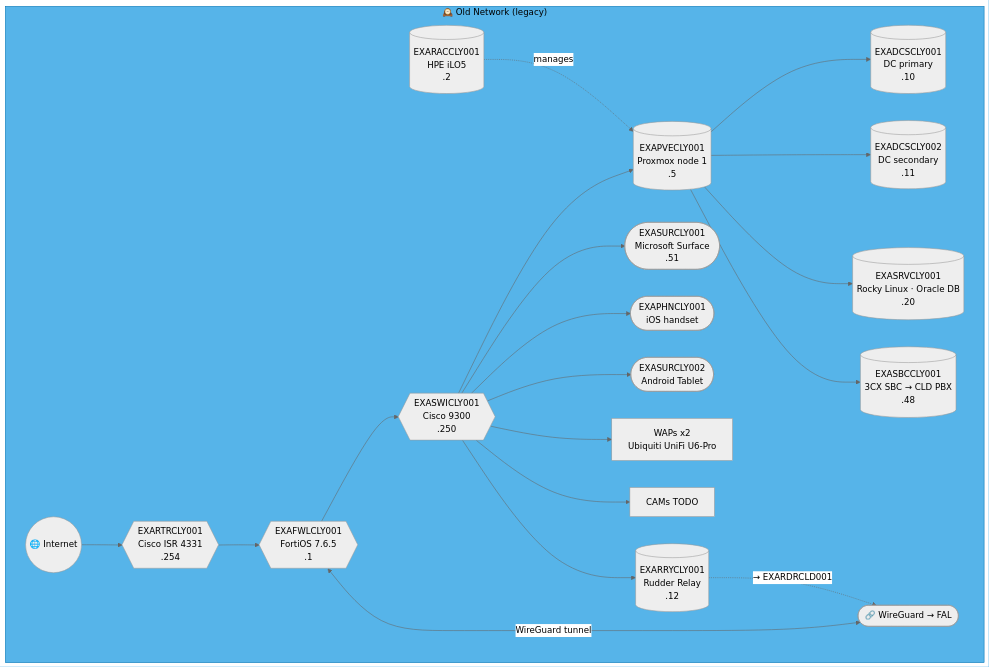
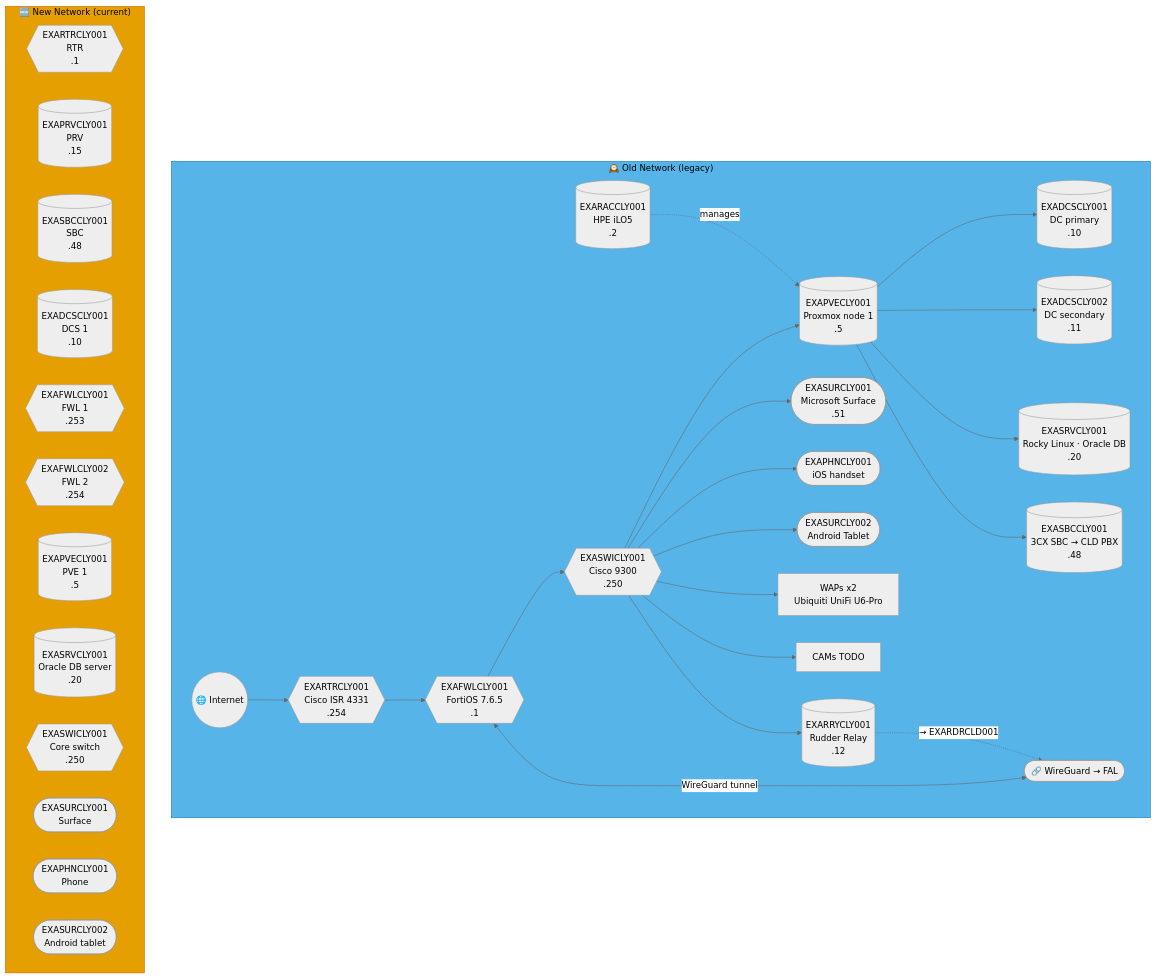
The fifth of 51 diagrams in docs/network-diagram.md (knightmare2600/example_music_infra), drawn with Mermaid (neutral theme) before and after one commit. The commit also changed other lines of this file and 1 other file, not shown here.

````diff
--- a/docs/network-diagram.md
+++ b/docs/network-diagram.md
@@ -351,32 +468,49 @@
 ```mermaid
 graph TD
     subgraph OLD_CLY ["🕰️ Old Network (legacy)"]
       INET(("🌐 Internet"))
       FWL{{"EXAFWLCLY001<br/>FortiOS 7.6.5<br/>.1"}}
       RTR{{"EXARTRCLY001<br/>Cisco ISR 4331<br/>.254"}}
       SW{{"EXASWICLY001<br/>Cisco 9300<br/>.250"}}
       RAC[("EXARACCLY001<br/>HPE iLO5<br/>.2")]
       PVE[("EXAPVECLY001<br/>Proxmox node 1<br/>.5")]
       DC1[("EXADCSCLY001<br/>DC primary<br/>.10")]
       DC2[("EXADCSCLY002<br/>DC secondary<br/>.11")]
       SRV[("EXASRVCLY001<br/>Rocky Linux · Oracle DB<br/>.20")]
       SBC[("EXASBCCLY001<br/>3CX SBC → CLD PBX<br/>.48")]
       RRY[("EXARRYCLY001<br/>Rudder Relay<br/>.12")]
       SUR(["EXASURCLY001<br/>Microsoft Surface<br/>.51"])
       PHN(["EXAPHNCLY001<br/>iOS handset"])
       TAB(["EXASURCLY002<br/>Android Tablet"])
       WAP["WAPs x2<br/>Ubiquiti UniFi U6-Pro"]
       CAM["CAMs TODO"]
       VPN(["🔗 WireGuard → FAL"])
 
       INET --> RTR --> FWL --> SW
       SW --> PVE --> DC1 & DC2 & SRV & SBC
       RAC -.->|"manages"| PVE
       SW --> SUR & PHN & TAB & WAP & CAM
       FWL <-->|"WireGuard tunnel"| VPN
 
       SW --> RRY
       RRY -. "→ EXARDRCLD001" .-> VPN
     end
     style OLD_CLY fill:#56B4E9,stroke:#0072B2,color:#000000
+    %% GENERATED:NEW-NETWORK:CLY:START
+    subgraph NEW_CLY ["🆕 New Network (current)"]
+      N_RTR{{"EXARTRCLY001<br/>RTR<br/>.1"}}
+      N_PRV[("EXAPRVCLY001<br/>PRV<br/>.15")]
+      N_SBC[("EXASBCCLY001<br/>SBC<br/>.48")]
+      N_DCS[("EXADCSCLY001<br/>DCS 1<br/>.10")]
+      N_FWL{{"EXAFWLCLY001<br/>FWL 1<br/>.253"}}
+      N_FWL2{{"EXAFWLCLY002<br/>FWL 2<br/>.254"}}
+      N_PVE[("EXAPVECLY001<br/>PVE 1<br/>.5")]
+      N_SRV[("EXASRVCLY001<br/>Oracle DB server<br/>.20")]
+      N_SWI{{"EXASWICLY001<br/>Core switch<br/>.250"}}
+      N_SUR(["EXASURCLY001<br/>Surface"])
+      N_PHN(["EXAPHNCLY001<br/>Phone"])
+      N_SUR2(["EXASURCLY002<br/>Android tablet"])
+    end
+    style NEW_CLY fill:#E69F00,stroke:#D55E00,color:#000000
+    %% GENERATED:NEW-NETWORK:CLY:END
 ```
````
